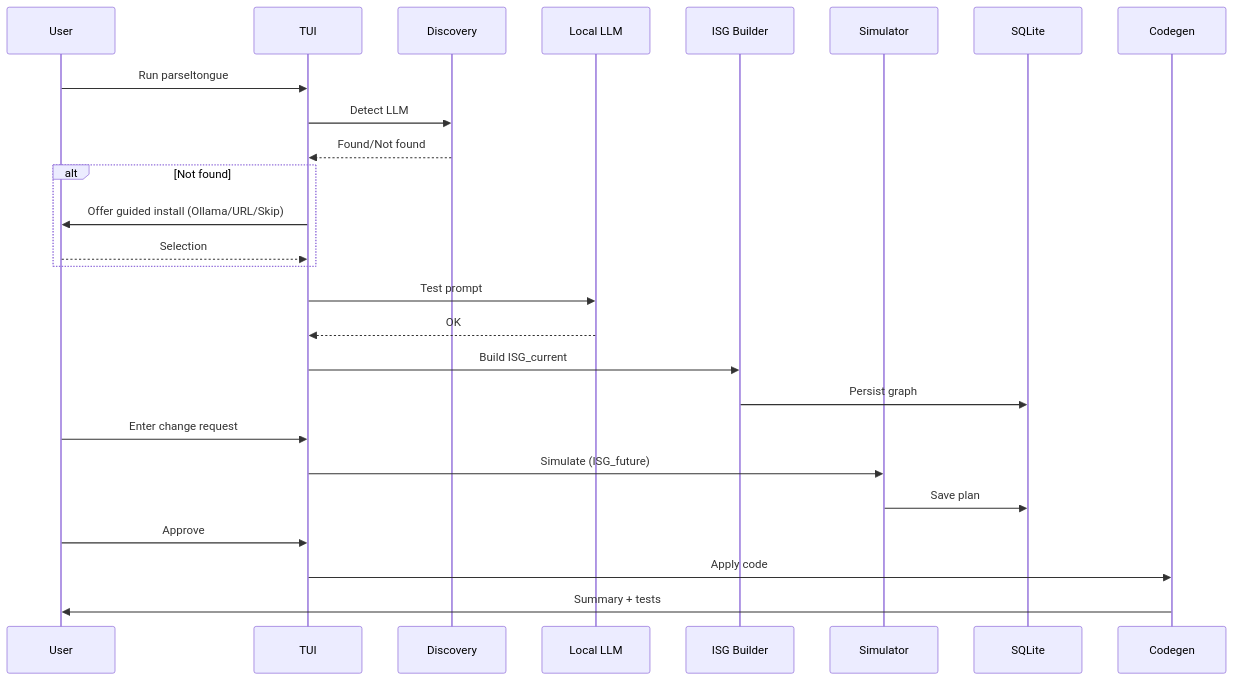
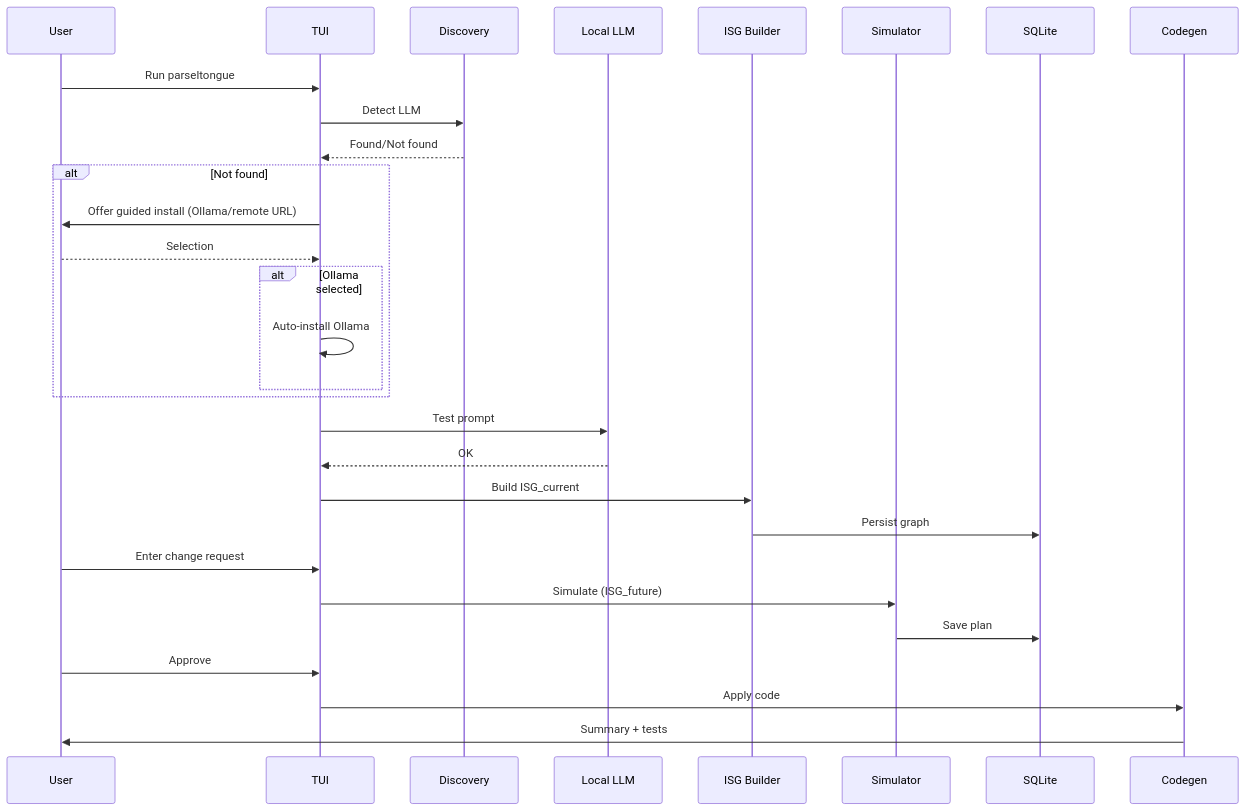
The second of 4 diagrams in Insp09_ActiveWorkspaces_StrategicInitiatives/Insp03_ParseltongueEvolution/A012ExecutableJourney.md (that-in-rust/transfiguration), drawn with Mermaid before and after one commit. The commit also changed other lines of this file, not shown here.

````diff
--- a/Insp09_ActiveWorkspaces_StrategicInitiatives/Insp03_ParseltongueEvolution/A012ExecutableJourney.md
+++ b/Insp09_ActiveWorkspaces_StrategicInitiatives/Insp03_ParseltongueEvolution/A012ExecutableJourney.md
@@ -525,29 +537,32 @@
 ```mermaid
 sequenceDiagram
   participant U as User
   participant T as TUI
   participant D as Discovery
   participant L as Local LLM
   participant I as ISG Builder
   participant S as Simulator
   participant Q as SQLite
   participant G as Codegen
 
   U->>T: Run parseltongue
   T->>D: Detect LLM
   D-->>T: Found/Not found
   alt Not found
-    T->>U: Offer guided install (Ollama/URL/Skip)
+    T->>U: Offer guided install (Ollama/remote URL)
     U-->>T: Selection
+    alt Ollama selected
+      T->>T: Auto-install Ollama
+    end
   end
   T->>L: Test prompt
   L-->>T: OK
   T->>I: Build ISG_current
   I->>Q: Persist graph
   U->>T: Enter change request
   T->>S: Simulate (ISG_future)
   S->>Q: Save plan
   U->>T: Approve
   T->>G: Apply code
   G->>U: Summary + tests
 ```
````
